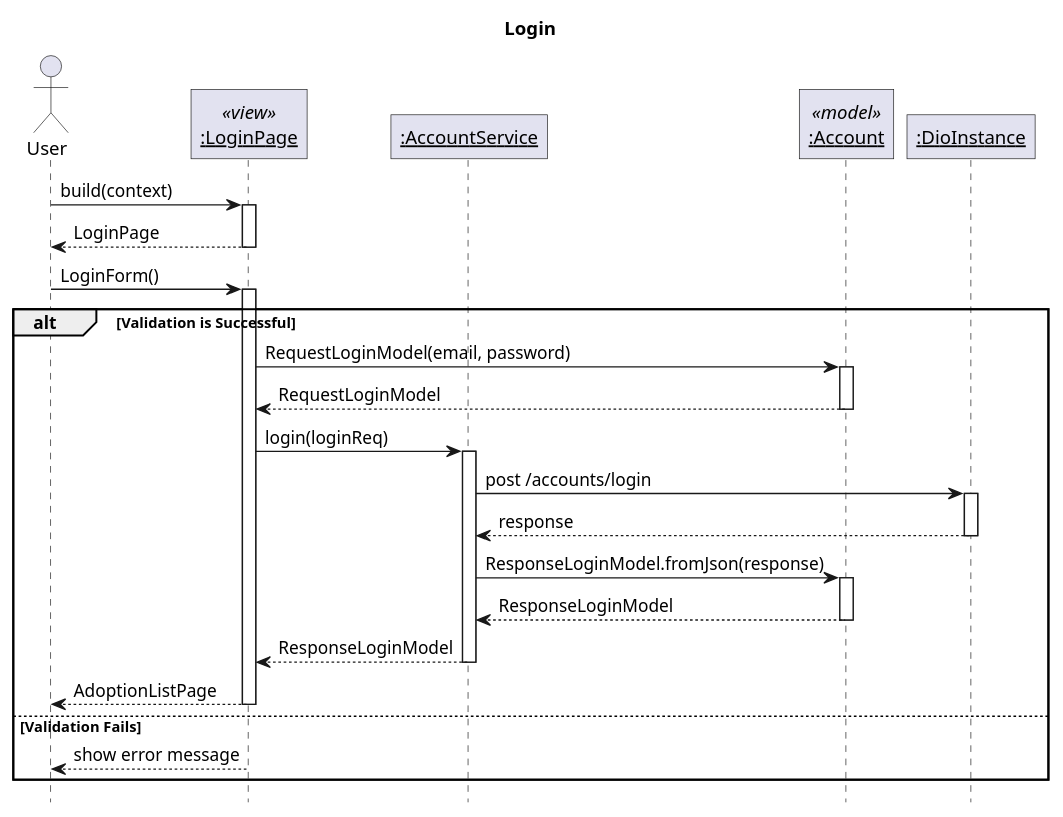
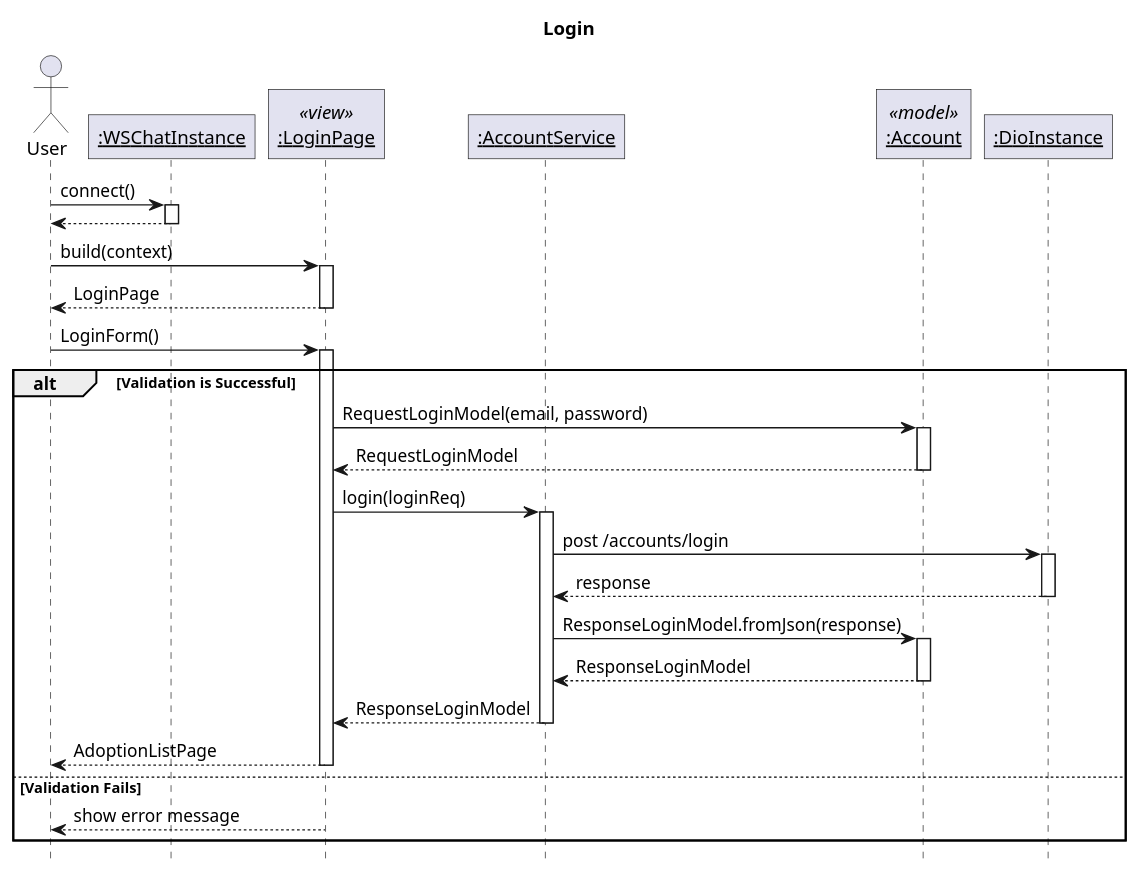
Before and after one commit to sharoncedila/FO_woofers: the diagram in lib/plantuml/sequence/account/login.puml, drawn with PlantUML. The commit also changed 318 other files, not shown here.

```diff
--- a/lib/plantuml/sequence/account/login.puml
+++ b/lib/plantuml/sequence/account/login.puml
@@ -1,39 +1,42 @@
 @startuml Login
 ' Global param
 title Login
 autoactivate on
 
 ' Global style configuration
 skinparam RoundCorner 0
 hide footbox
 
 ' Sequence participant configuration
 actor User
+participant "__:WSChatInstance__" as ws
 participant "__:LoginPage__" as Page <<view>>
 participant "__:AccountService__" as Service
 participant "__:Account__" as Model <<model>>
 participant "__:DioInstance__" as Dio
 
 
 ' Sequence diagram
+User -> ws: connect()
+User <-- ws
 User -> Page: build(context)
 User <-- Page: LoginPage
 User -> Page: LoginForm()
 alt Validation is Successful
 Page -> Model: RequestLoginModel(email, password)
 Page <-- Model: RequestLoginModel
 Page -> Service: login(loginReq)
 Service -> Dio : post /accounts/login
 Service <-- Dio : response
 Service -> Model: ResponseLoginModel.fromJson(response)
 Service <-- Model: ResponseLoginModel
 Page <-- Service: ResponseLoginModel
 User <-- Page: AdoptionListPage
 else Validation Fails
 User <-- Page: show error message
 end
 
 
 
 
 @enduml
```
